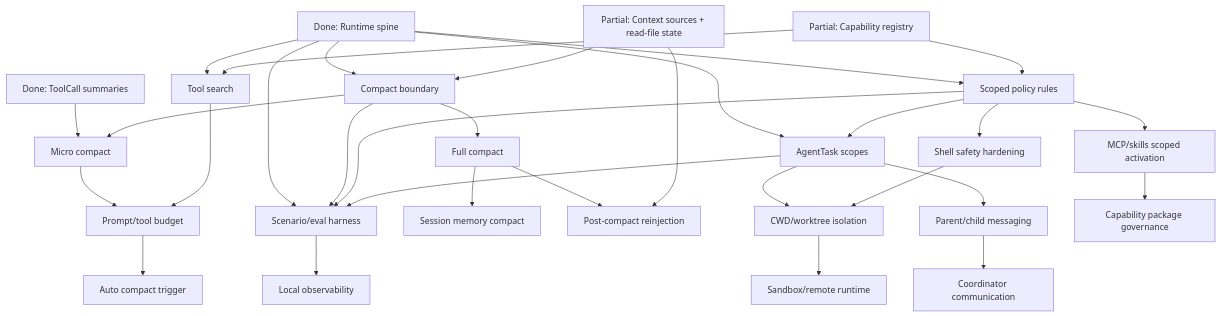
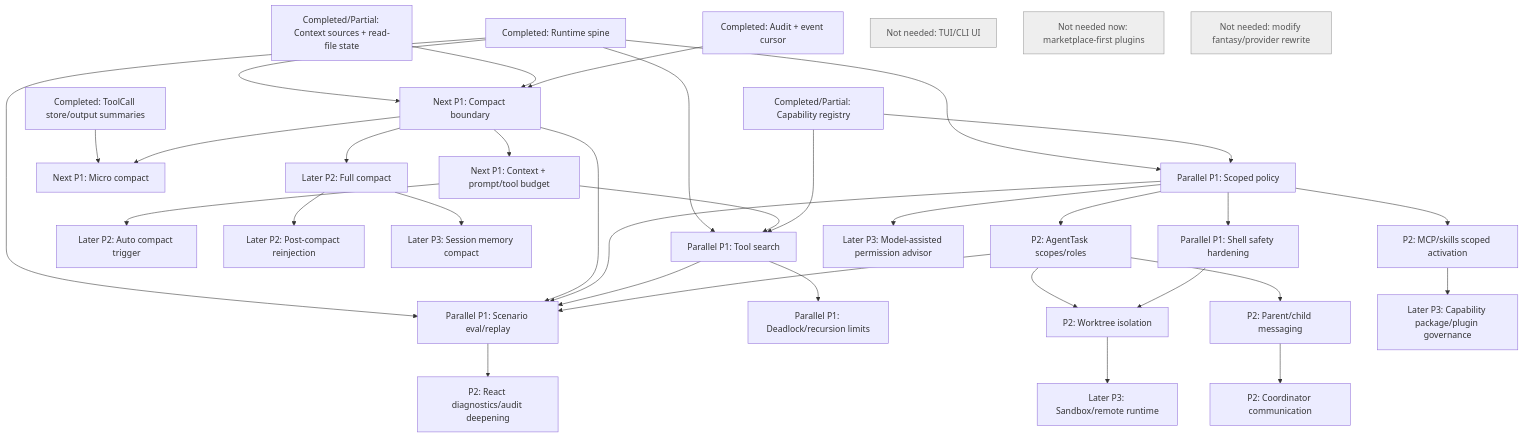
Before and after one commit to CIPFZ/agent-builder: the diagram in docs/claude-code-alignment-next-roadmap.md, drawn with Mermaid. The commit also changed other lines of this file and 2 other files, not shown here.

Commit message:
docs: plan next runtime implementation phases

````diff
--- a/docs/claude-code-alignment-next-roadmap.md
+++ b/docs/claude-code-alignment-next-roadmap.md
@@ -180,37 +144,45 @@
 ```mermaid
 graph TD
-  SP["Done: Runtime spine"] --> CB["Compact boundary"]
-  SP --> PS["Scoped policy rules"]
-  SP --> TS["Tool search"]
-  SP --> AT["AgentTask scopes"]
-  SP --> EV["Scenario/eval harness"]
+  SP["Completed: Runtime spine"] --> CB["Next P1: Compact boundary"]
+  SP --> PS["Parallel P1: Scoped policy"]
+  SP --> EV["Parallel P1: Scenario eval/replay"]
+  SP --> TS["Parallel P1: Tool search"]
 
-  CTX["Partial: Context sources + read-file state"] --> CB
-  TC["Done: ToolCall summaries"] --> MC["Micro compact"]
+  CTX["Completed/Partial: Context sources + read-file state"] --> CB
+  AUD["Completed: Audit + event cursor"] --> CB
+  TC["Completed: ToolCall store/output summaries"] --> MC["Next P1: Micro compact"]
+  CB --> BUD["Next P1: Context + prompt/tool budget"]
   CB --> MC
-  MC --> PB["Prompt/tool budget"]
-  CB --> FC["Full compact"]
-  PB --> AC["Auto compact trigger"]
-  FC --> SM["Session memory compact"]
-  FC --> RI["Post-compact reinjection"]
-  CTX --> RI
+  BUD --> TS
+  BUD --> AC["Later P2: Auto compact trigger"]
+  CB --> FC["Later P2: Full compact"]
+  FC --> RI["Later P2: Post-compact reinjection"]
+  FC --> SM["Later P3: Session memory compact"]
 
-  CAP["Partial: Capability registry"] --> TS
+  CAP["Completed/Partial: Capability registry"] --> TS
   CAP --> PS
-  PS --> SH["Shell safety hardening"]
-  PS --> AT
-  PS --> MS["MCP/skills scoped activation"]
-  TS --> PB
+  PS --> SH["Parallel P1: Shell safety hardening"]
+  PS --> MS["P2: MCP/skills scoped activation"]
+  PS --> AT["P2: AgentTask scopes/roles"]
+  TS --> DL["Parallel P1: Deadlock/recursion limits"]
 
-  AT --> PCM["Parent/child messaging"]
-  AT --> ISO["CWD/worktree isolation"]
-  SH --> ISO
-  PCM --> COORD["Coordinator communication"]
+  AT --> MSG["P2: Parent/child messaging"]
+  MSG --> COORD["P2: Coordinator communication"]
+  AT --> WT["P2: Worktree isolation"]
+  SH --> WT
+  WT --> SB["Later P3: Sandbox/remote runtime"]
 
-  MS --> PKG["Capability package governance"]
-  ISO --> SB["Sandbox/remote runtime"]
-  EV --> OBS["Local observability"]
+  MS --> PKG["Later P3: Capability package/plugin governance"]
+  PS --> ADV["Later P3: Model-assisted permission advisor"]
+  EV --> DIAG["P2: React diagnostics/audit deepening"]
   CB --> EV
   PS --> EV
+  TS --> EV
   AT --> EV
+
+  TUI["Not needed: TUI/CLI UI"]:::notneeded
+  MARKET["Not needed now: marketplace-first plugins"]:::notneeded
+  FANTASY["Not needed: modify fantasy/provider rewrite"]:::notneeded
+
+  classDef notneeded fill:#eee,stroke:#999,color:#555;
 ```
````
